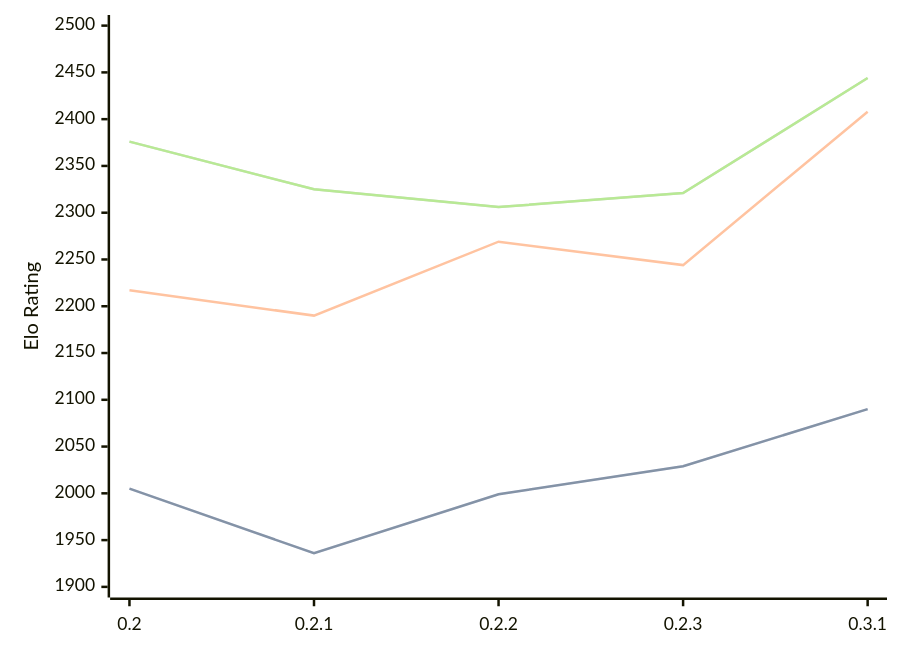
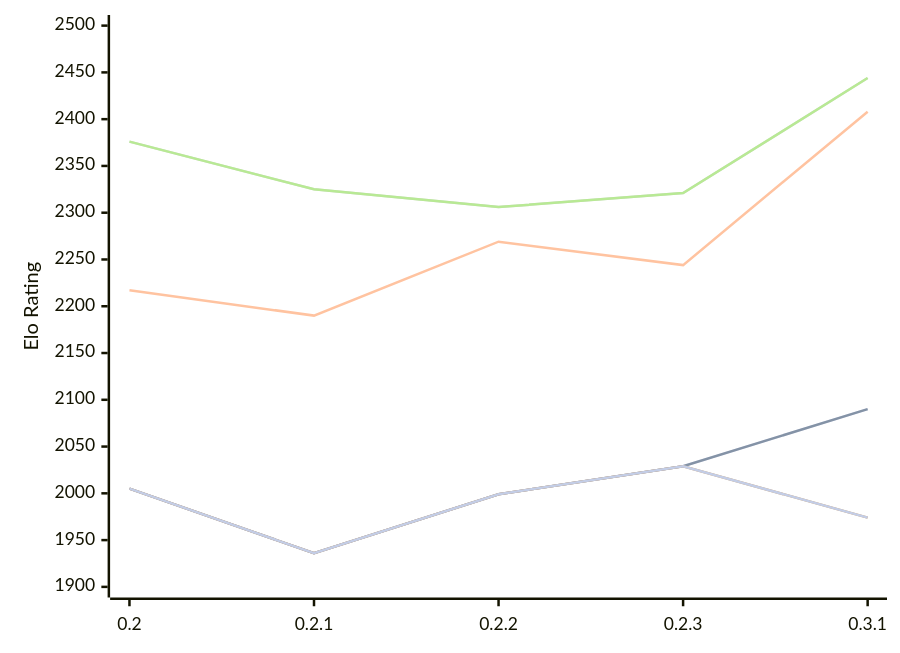
One commit to computer-chess-index/cci changed the diagram in engines/Lolbot.md. Above: the diagram before and after it, drawn with Mermaid. The commit also changed other lines of this file, not shown here.

Commit message:
Update CCI Ratings (ELO VLTC) - 2026-10-11

````diff
--- a/engines/Lolbot.md
+++ b/engines/Lolbot.md
@@ -51,16 +51,13 @@
 ```mermaid
 %%{init: {"theme":"base","themeVariables":{"seriesColors:['#a3a3a3','#222221','#faa371']}}}%%
 xychart-beta
   x-axis ["0.2", "0.2.1", "0.2.2", "0.2.3", "0.3.1"]
   y-axis "Elo Rating" 1900 --> 2500
   line "" [2005, 1936, 1999, 2029, 2090]
   line "T1: STC (8.0+0.08s)" [2005, 1936, 1999, 2029, 2090]
   line "T1: LTC (60.0+0.60s)" [2217, 2190, 2269, 2244, 2408]
   line "" [2376, 2325, 2306, 2321, 2444]
   line "T1: VLTC (2m24s+1.12s)" [2376, 2325, 2306, 2321, 2444]
-  line "" [1970]
-  line "E1: STC (8.0+0.08s)" [1970]
-  line "E1: LTC (60.0+0.60s)" [2211]
-  line "" [2313]
-  line "E1: VLTC (2m24s+1.12s)" [2313]
+  line "" [2005, 1936, 1999, 2029,1974]
+  line "E1: STC (8.0+0.08s)" [2005, 1936, 1999, 2029,1974]
 ```
````
